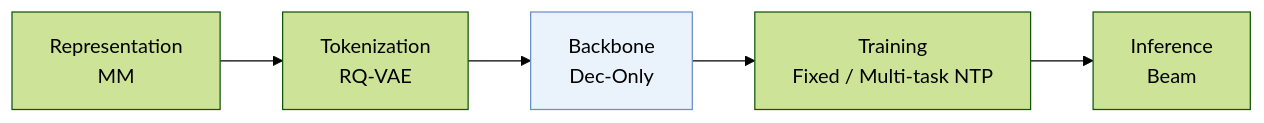
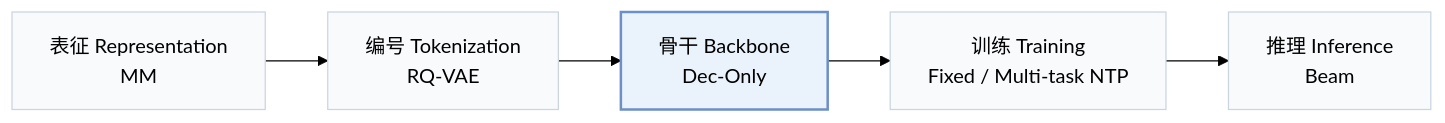
Before and after one commit to Galaxy-ghost/Awesome-SID-Generative-Rec: the first of 2 diagrams in pages/zh/papers/prefixmem.md, drawn with Mermaid (forest theme). The commit also changed other lines of this file and 649 other files, not shown here.

Commit message:
writer-05: also tags and modality index (schema, check, build, visuals); summary field removed; calibration data for 12 papers

````diff
--- a/pages/zh/papers/prefixmem.md
+++ b/pages/zh/papers/prefixmem.md
@@ -13,6 +15,8 @@
 ```mermaid
 flowchart LR
-    R["Representation<br/>MM"] --> T["Tokenization<br/>RQ-VAE"] --> B["Backbone<br/>Dec-Only"] --> TR["Training<br/>Fixed / Multi-task NTP"] --> I["Inference<br/>Beam"]
-    classDef main fill:#eaf2fb,stroke:#6b8fc7
+    R["表征 Representation<br/>MM"] --> T["编号 Tokenization<br/>RQ-VAE"] --> B["骨干 Backbone<br/>Dec-Only"] --> TR["训练 Training<br/>Fixed / Multi-task NTP"] --> I["推理 Inference<br/>Beam"]
+    classDef base fill:#f8fafc,stroke:#cbd5e1
+    class R,T,B,TR,I base
+    classDef main fill:#eaf2fb,stroke:#6b8fc7,stroke-width:2px
     class B main
 ```
````
